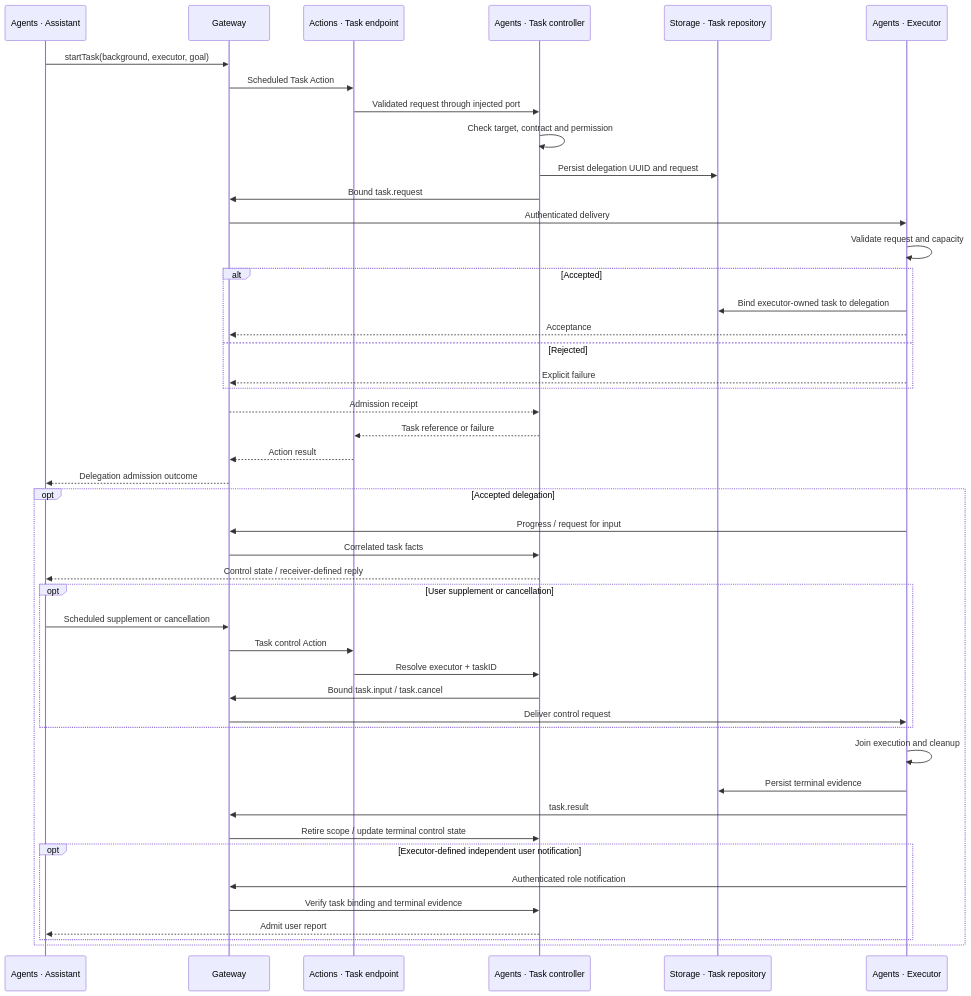
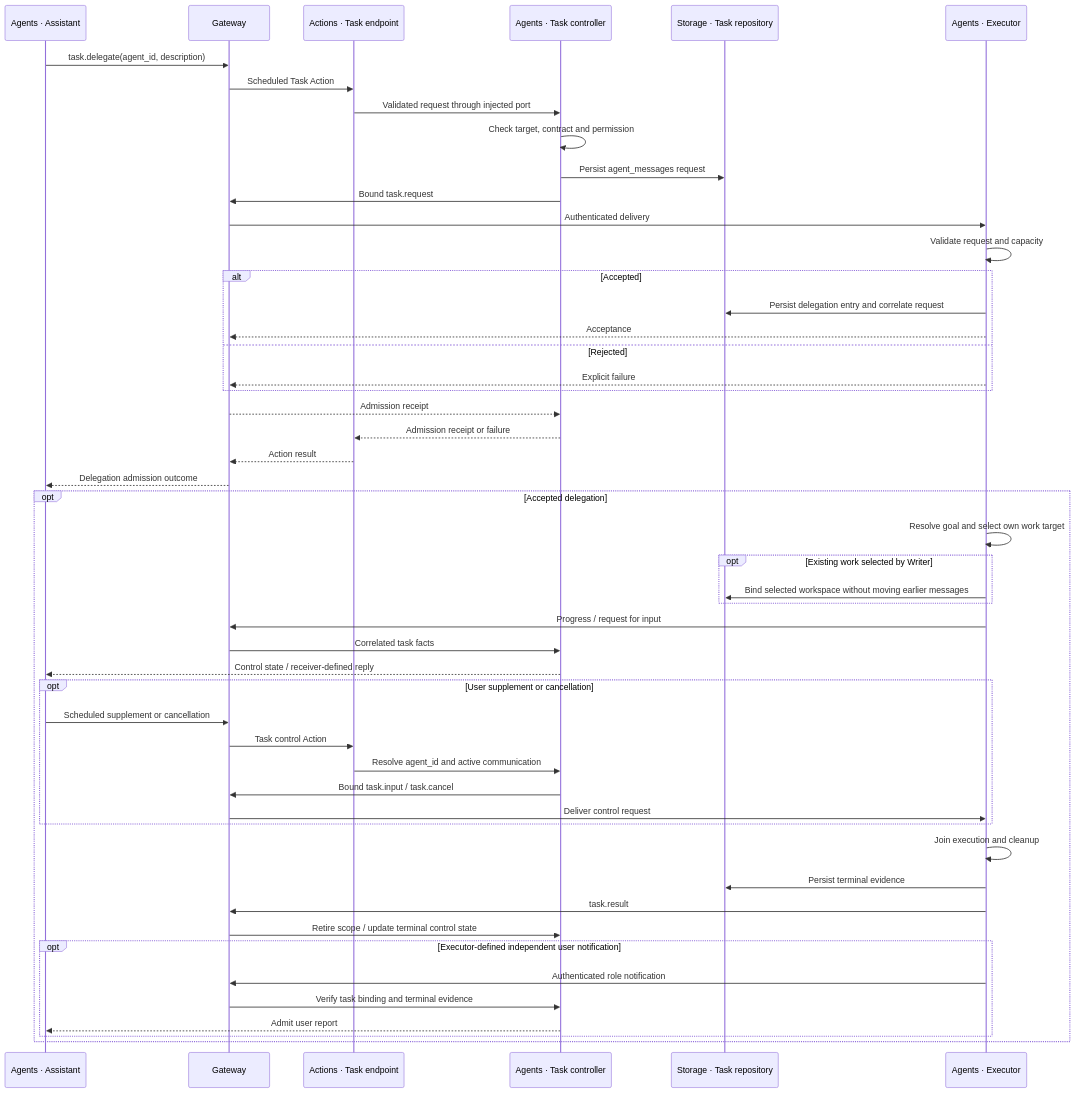
One commit to devilyouwei/MobileHarness changed the sixth of 26 diagrams in MobileHarness/README.md. Above: the diagram before and after it, drawn with Mermaid. The commit also changed other lines of this file and 401 other files, not shown here.

First line of the commit message:
refactor: separate agent persistence and refine Writer workflows

````diff
--- a/MobileHarness/README.md
+++ b/MobileHarness/README.md
@@ -452,48 +430,52 @@
 ```mermaid
 sequenceDiagram
     participant A as Agents · Assistant
     participant G as Gateway
     participant X as Actions · Task endpoint
     participant H as Agents · Task controller
     participant S as Storage · Task repository
     participant E as Agents · Executor
-    A->>G: startTask(background, executor, goal)
+    A->>G: task.delegate(agent_id, description)
     G->>X: Scheduled Task Action
     X->>H: Validated request through injected port
     H->>H: Check target, contract and permission
-    H->>S: Persist delegation UUID and request
+    H->>S: Persist agent_messages request
     H->>G: Bound task.request
     G->>E: Authenticated delivery
     E->>E: Validate request and capacity
     alt Accepted
-        E->>S: Bind executor-owned task to delegation
+        E->>S: Persist delegation entry and correlate request
         E-->>G: Acceptance
     else Rejected
         E-->>G: Explicit failure
     end
     G-->>H: Admission receipt
-    H-->>X: Task reference or failure
+    H-->>X: Admission receipt or failure
     X-->>G: Action result
     G-->>A: Delegation admission outcome
     opt Accepted delegation
+        E->>E: Resolve goal and select own work target
+        opt Existing work selected by Writer
+            E->>S: Bind selected workspace without moving earlier messages
+        end
         E->>G: Progress / request for input
         G->>H: Correlated task facts
         H-->>A: Control state / receiver-defined reply
         opt User supplement or cancellation
             A->>G: Scheduled supplement or cancellation
             G->>X: Task control Action
-            X->>H: Resolve executor + taskID
+            X->>H: Resolve agent_id and active communication
             H->>G: Bound task.input / task.cancel
             G->>E: Deliver control request
         end
         E->>E: Join execution and cleanup
         E->>S: Persist terminal evidence
         E->>G: task.result
         G->>H: Retire scope / update terminal control state
         opt Executor-defined independent user notification
             E->>G: Authenticated role notification
             G->>H: Verify task binding and terminal evidence
             H-->>A: Admit user report
         end
     end
 ```
````
